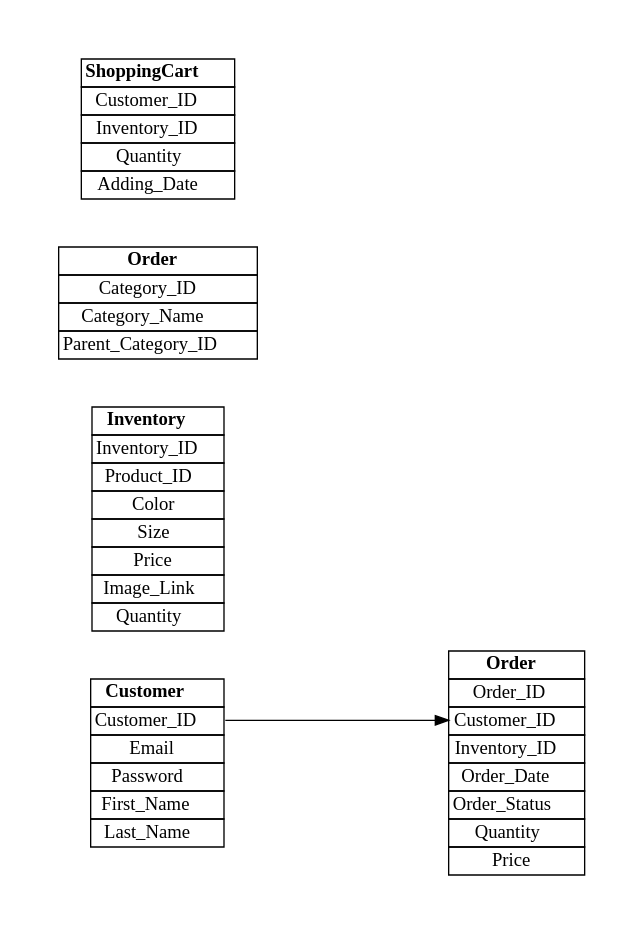
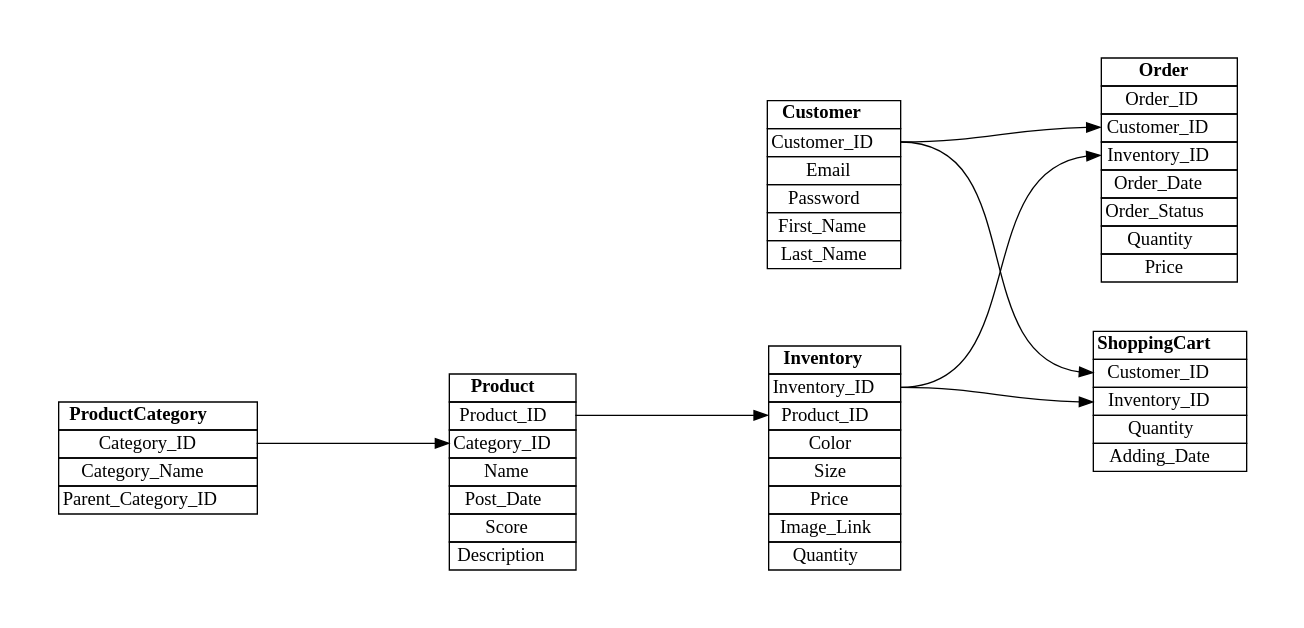
One commit to YanjieHe/Online-Fashion-Store changed the diagram in Documents/erd.dot. Above: the diagram before and after it, drawn with Graphviz.

```diff
--- a/Documents/erd.dot
+++ b/Documents/erd.dot
@@ -1,63 +1,78 @@
 digraph {
     graph [pad="0.5", nodesep="0.5", ranksep="2"];
     node [shape=plain]
     rankdir=LR;
 
 
 Customer [label=<
 <table border="0" cellborder="1" cellspacing="0">
   <tr><td><b>Customer</b></td></tr>
   <tr><td port="customer_id">Customer_ID</td></tr>
   <tr><td port="email">Email</td></tr>
   <tr><td port="password">Password</td></tr>
   <tr><td port="first_name">First_Name</td></tr>
   <tr><td port="last_name">Last_Name</td></tr>
 </table>>];
 
 
 Inventory [label=<
 <table border="0" cellborder="1" cellspacing="0">
   <tr><td><b>Inventory</b></td></tr>
   <tr><td port="inventory_id">Inventory_ID</td></tr>
   <tr><td port="product_id">Product_ID</td></tr>
   <tr><td port="color">Color</td></tr>
   <tr><td port="size">Size</td></tr>
   <tr><td port="price">Price</td></tr>
   <tr><td port="image_link">Image_Link</td></tr>
   <tr><td port="quantity">Quantity</td></tr>
 </table>>];
 
 
 Order [label=<
 <table border="0" cellborder="1" cellspacing="0">
   <tr><td><b>Order</b></td></tr>
   <tr><td port="order_id">Order_ID</td></tr>
   <tr><td port="customer_id">Customer_ID</td></tr>
   <tr><td port="inventory_id">Inventory_ID</td></tr>
   <tr><td port="order_date">Order_Date</td></tr>
   <tr><td port="order_status">Order_Status</td></tr>
   <tr><td port="quantity">Quantity</td></tr>
   <tr><td port="price">Price</td></tr>
 </table>>];
 
+Product [label=<
+<table border="0" cellborder="1" cellspacing="0">
+  <tr><td><b>Product</b></td></tr>
+  <tr><td port="product_id">Product_ID</td></tr>
+  <tr><td port="category_id">Category_ID</td></tr>
+  <tr><td port="name">Name</td></tr>
+  <tr><td port="post_date">Post_Date</td></tr>
+  <tr><td port="score">Score</td></tr>
+  <tr><td port="description">Description</td></tr>
+</table>>];
+
 ProductCategory [label=<
 <table border="0" cellborder="1" cellspacing="0">
-  <tr><td><b>Order</b></td></tr>
+  <tr><td><b>ProductCategory</b></td></tr>
   <tr><td port="category_id">Category_ID</td></tr>
   <tr><td port="category_name">Category_Name</td></tr>
   <tr><td port="parent_category_id">Parent_Category_ID</td></tr>
 </table>>];
 
 ShoppingCart [label=<
 <table border="0" cellborder="1" cellspacing="0">
   <tr><td><b>ShoppingCart</b></td></tr>
   <tr><td port="customer_id">Customer_ID</td></tr>
   <tr><td port="inventory_id">Inventory_ID</td></tr>
   <tr><td port="quantity">Quantity</td></tr>
   <tr><td port="adding_date">Adding_Date</td></tr>
 </table>>];
 
 
 Customer:customer_id -> Order:customer_id
-
+Inventory:inventory_id -> Order:inventory_id
+Product:product_id -> Inventory:product_id
+ProductCategory:category_id -> Product:category_id
+Customer:customer_id -> ShoppingCart:customer_id
+Inventory:inventory_id -> ShoppingCart:inventory_id
 }
```
